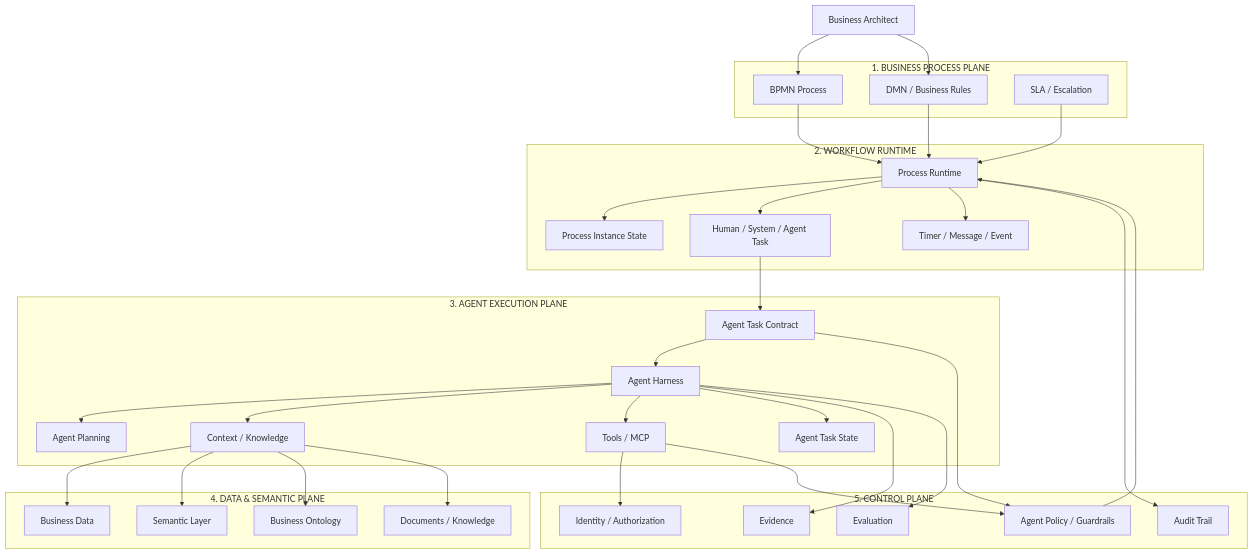
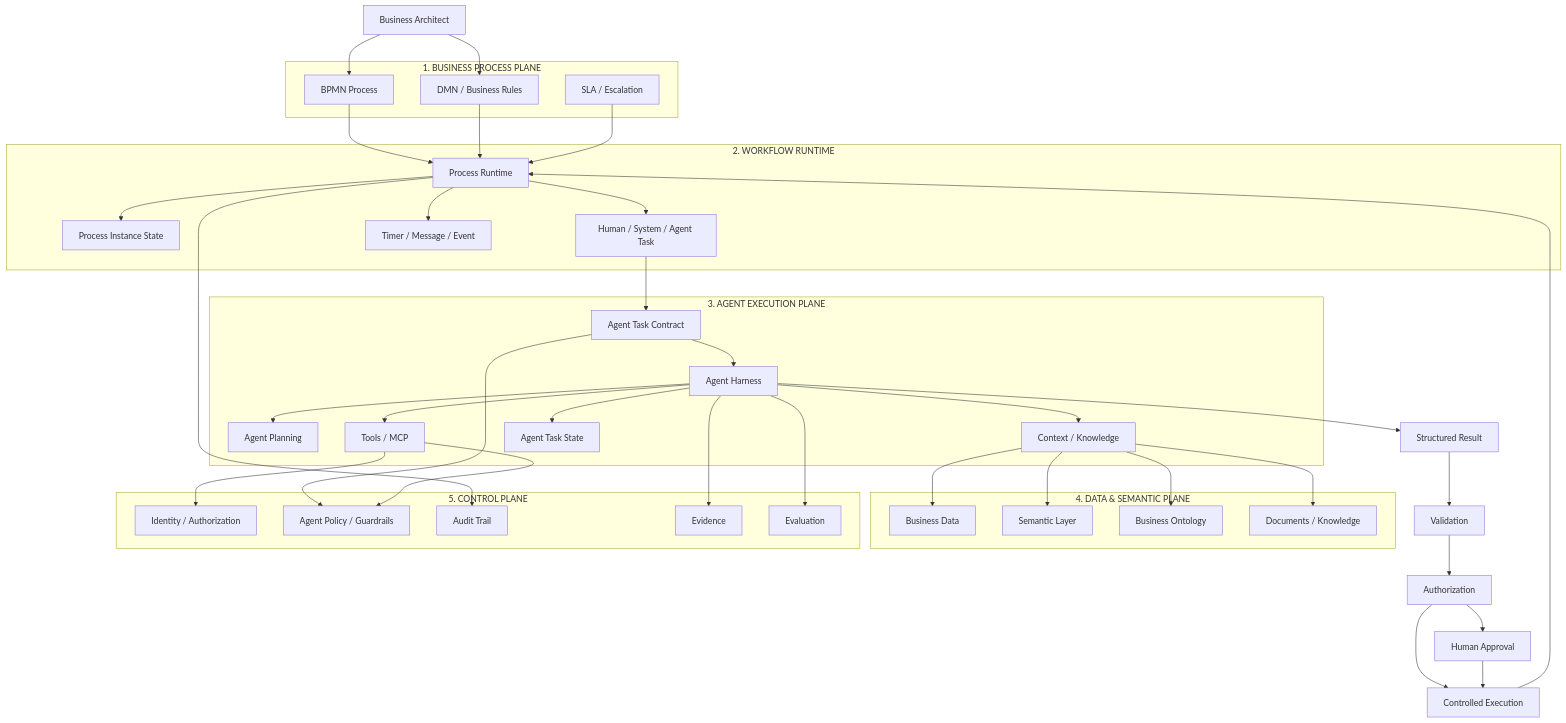
Diagram 19 of 35 in src/content/blog/workflow and agent and bpmn.md (devweekly/devweekly.github.io), drawn with Mermaid before and after one commit. The commit also changed other lines of this file and 5 other files, not shown here.

````diff
--- a/src/content/blog/workflow and agent and bpmn.md
+++ b/src/content/blog/workflow and agent and bpmn.md
@@ -2637,76 +2070,82 @@
 ```mermaid
 flowchart TB
 
     BA[Business Architect]
 
     subgraph BP["1. BUSINESS PROCESS PLANE"]
         BPMN[BPMN Process]
         DMN[DMN / Business Rules]
         SLA[SLA / Escalation]
     end
 
     subgraph WR["2. WORKFLOW RUNTIME"]
         Runtime[Process Runtime]
         State[Process Instance State]
         Task[Human / System / Agent Task]
         Event[Timer / Message / Event]
     end
 
     subgraph AG["3. AGENT EXECUTION PLANE"]
-        TaskContract[Agent Task Contract]
+        Contract[Agent Task Contract]
         Harness[Agent Harness]
         Planning[Agent Planning]
         Context[Context / Knowledge]
         Tools[Tools / MCP]
         AgentState[Agent Task State]
     end
 
     subgraph DATA["4. DATA & SEMANTIC PLANE"]
         BusinessData[Business Data]
         Semantic[Semantic Layer]
         Ontology[Business Ontology]
         Docs[Documents / Knowledge]
     end
 
     subgraph CTRL["5. CONTROL PLANE"]
         IAM[Identity / Authorization]
         Policy[Agent Policy / Guardrails]
         Audit[Audit Trail]
         Evidence[Evidence]
         Eval[Evaluation]
     end
 
     BA --> BPMN
     BA --> DMN
 
     BPMN --> Runtime
     DMN --> Runtime
     SLA --> Runtime
 
     Runtime --> State
     Runtime --> Task
     Runtime --> Event
 
-    Task --> TaskContract
-    TaskContract --> Harness
+    Task --> Contract
+    Contract --> Harness
+    Contract --> Policy
 
     Harness --> Planning
     Harness --> Context
     Harness --> Tools
     Harness --> AgentState
 
     Context --> BusinessData
     Context --> Semantic
     Context --> Ontology
     Context --> Docs
 
     Tools --> IAM
     Tools --> Policy
 
+    Harness --> Result[Structured Result]
+    Result --> Valid[Validation]
+    Valid --> AuthZ[Authorization]
+    AuthZ --> Human[Human Approval]
+    AuthZ --> Exec[Controlled Execution]
+    Human --> Exec
+    Exec --> Runtime
+
     Harness --> Evidence
     Harness --> Eval
     Runtime --> Audit
-
-    TaskContract --> Policy
-    Policy --> Runtime
 ```
````
